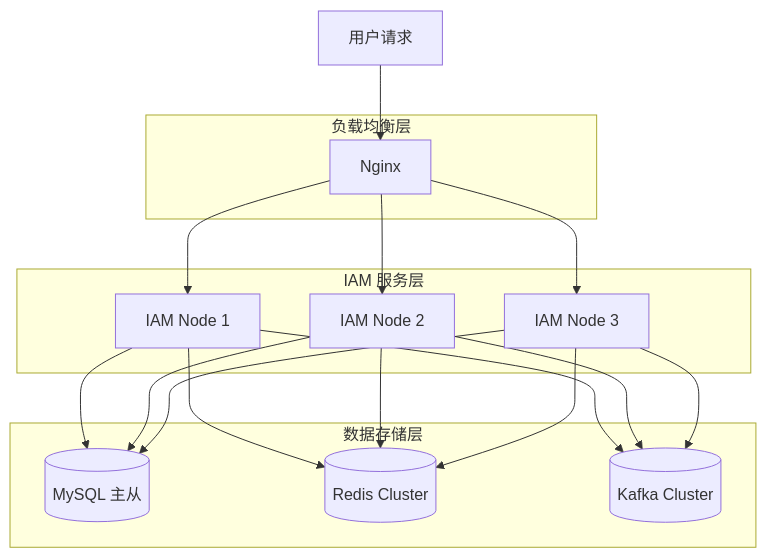
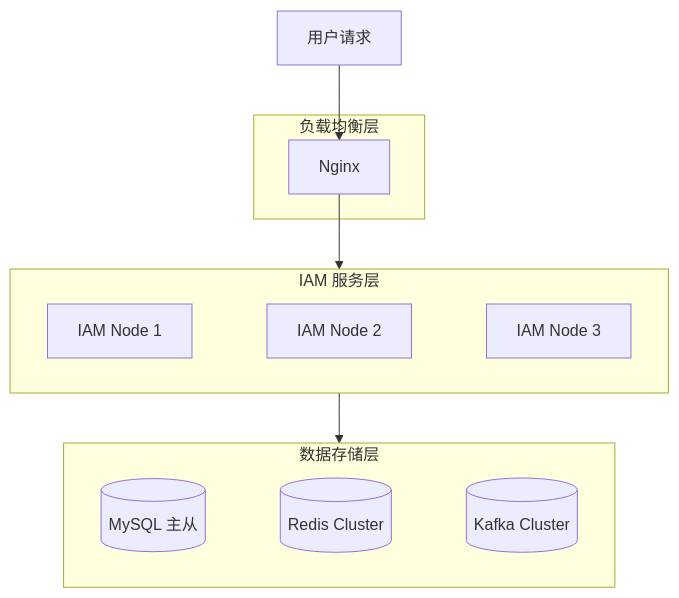
The sixth of 6 diagrams in docs/PRD/03-system-architecture.md (henryzhuhr/iam), drawn with Mermaid before and after one commit. The commit also changed other lines of this file and 1 other file, not shown here.

Commit message:
📝 docs: 更新系统架构文档，优化 mermaid 图表的结构和命名

````diff
--- a/docs/PRD/03-system-architecture.md
+++ b/docs/PRD/03-system-architecture.md
@@ -285,23 +288,25 @@
 ```mermaid
 flowchart TB
     Client[用户请求] --> Nginx
 
-    subgraph 负载均衡层
+    subgraph LB["负载均衡层"]
         Nginx[Nginx]
     end
 
-    subgraph IAM 服务层
+    subgraph IAMService["IAM 服务层"]
         Node1[IAM Node 1]
         Node2[IAM Node 2]
         Node3[IAM Node 3]
+        Node1 ~~~ Node2 ~~~ Node3
     end
 
-    subgraph 数据存储层
+    subgraph DataLayer["数据存储层"]
         MySQL[(MySQL 主从)]
         Redis[(Redis Cluster)]
         Kafka[(Kafka Cluster)]
+        MySQL ~~~ Redis ~~~ Kafka
     end
 
-    Nginx --> Node1 & Node2 & Node3
-    Node1 & Node2 & Node3 --> MySQL & Redis & Kafka
+    Nginx --> IAMService
+    IAMService --> DataLayer
 ```
````
